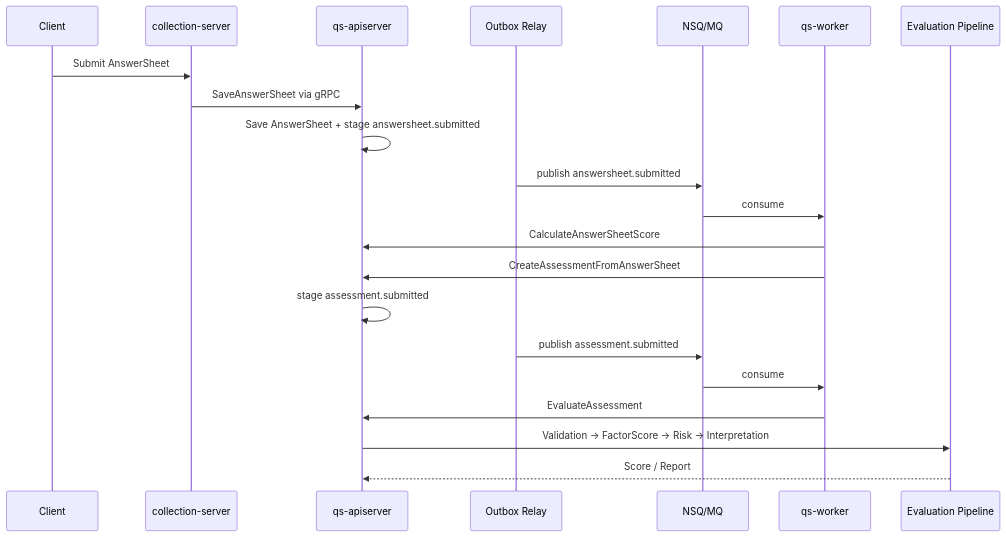
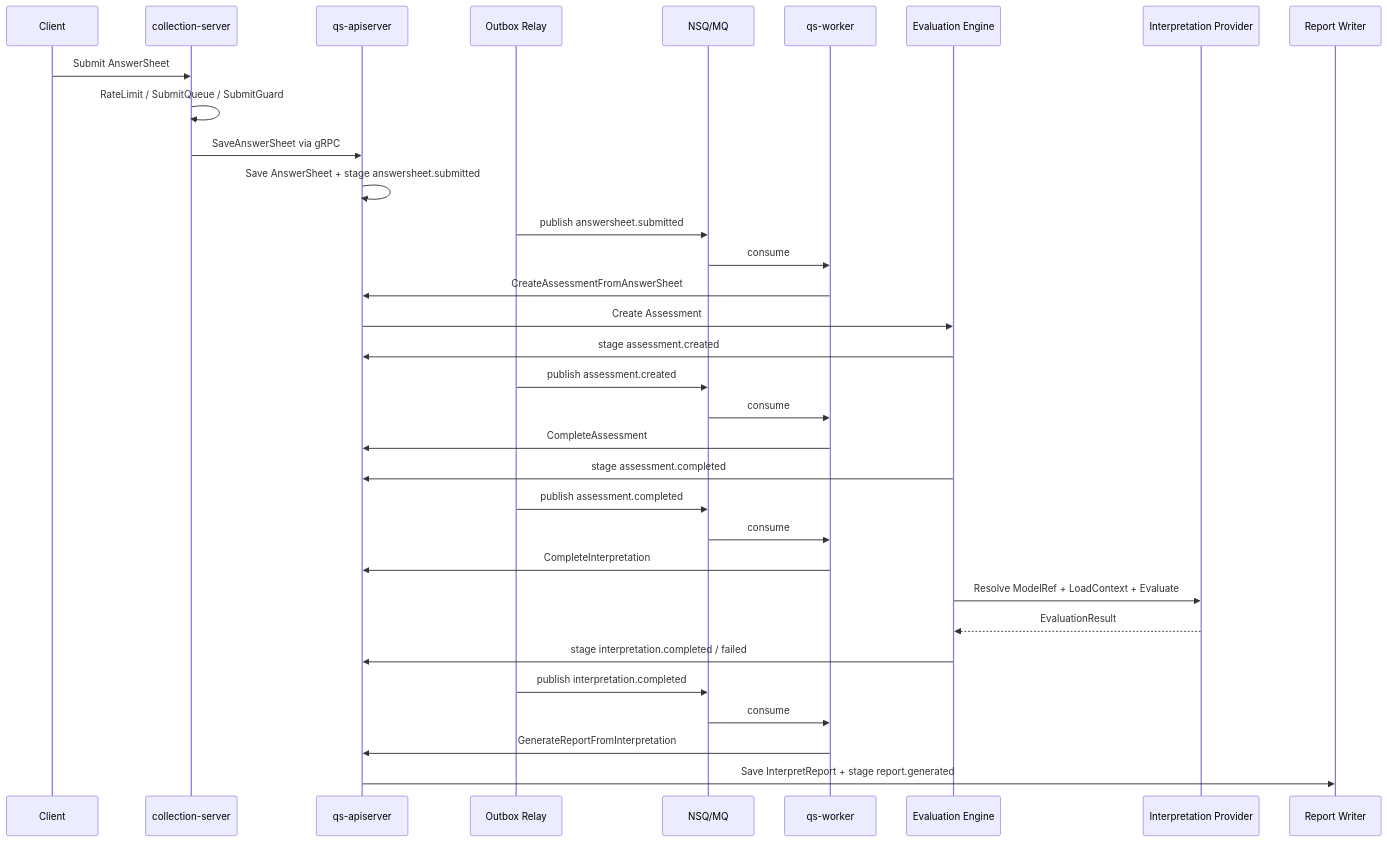
Before and after one commit to FangcunMount/qs-server: the fifth of 13 diagrams in docs/06-宣讲/10-架构图素材索引.md, drawn with Mermaid. The commit also changed other lines of this file and 25 other files, not shown here.

````diff
--- a/docs/06-宣讲/10-架构图素材索引.md
+++ b/docs/06-宣讲/10-架构图素材索引.md
@@ -305,24 +390,36 @@
 ```mermaid
 sequenceDiagram
     participant Client as Client
     participant Collection as collection-server
     participant API as qs-apiserver
     participant Outbox as Outbox Relay
     participant MQ as NSQ/MQ
     participant Worker as qs-worker
-    participant Pipeline as Evaluation Pipeline
+    participant Eval as Evaluation Engine
+    participant Provider as Interpretation Provider
+    participant Report as Report Writer
 
     Client->>Collection: Submit AnswerSheet
+    Collection->>Collection: RateLimit / SubmitQueue / SubmitGuard
     Collection->>API: SaveAnswerSheet via gRPC
     API->>API: Save AnswerSheet + stage answersheet.submitted
     Outbox->>MQ: publish answersheet.submitted
     MQ->>Worker: consume
-    Worker->>API: CalculateAnswerSheetScore
     Worker->>API: CreateAssessmentFromAnswerSheet
-    API->>API: stage assessment.submitted
-    Outbox->>MQ: publish assessment.submitted
+    API->>Eval: Create Assessment
+    Eval->>API: stage assessment.created
+    Outbox->>MQ: publish assessment.created
     MQ->>Worker: consume
-    Worker->>API: EvaluateAssessment
-    API->>Pipeline: Validation -> FactorScore -> Risk -> Interpretation
-    Pipeline-->>API: Score / Report
+    Worker->>API: CompleteAssessment
+    Eval->>API: stage assessment.completed
+    Outbox->>MQ: publish assessment.completed
+    MQ->>Worker: consume
+    Worker->>API: CompleteInterpretation
+    Eval->>Provider: Resolve ModelRef + LoadContext + Evaluate
+    Provider-->>Eval: EvaluationResult
+    Eval->>API: stage interpretation.completed / failed
+    Outbox->>MQ: publish interpretation.completed
+    MQ->>Worker: consume
+    Worker->>API: GenerateReportFromInterpretation
+    API->>Report: Save InterpretReport + stage report.generated
 ```
````
